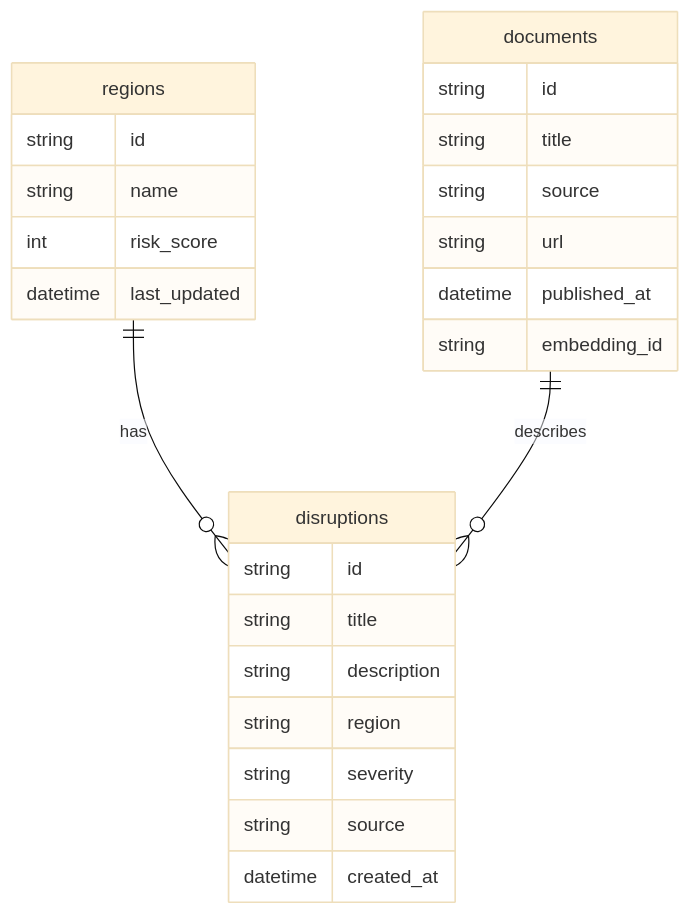
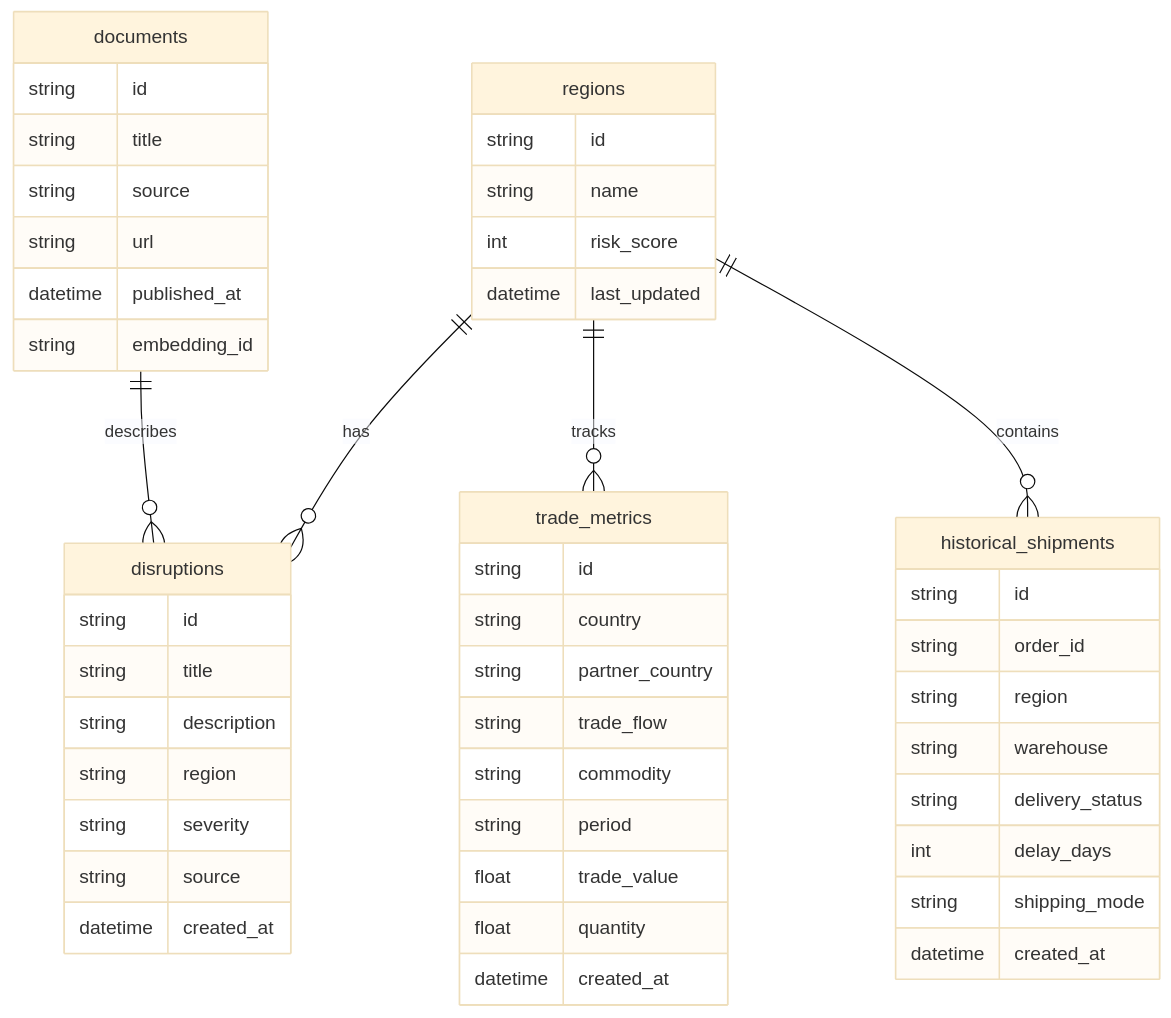
The sixth of 9 diagrams in docs/architecture.md (shima-maleki/SupplyChainOracle), drawn with Mermaid (base theme) before and after one commit. The commit also changed other lines of this file and 2 other files, not shown here.

````diff
--- a/docs/architecture.md
+++ b/docs/architecture.md
@@ -335,31 +381,56 @@
 ```mermaid
 erDiagram
     regions {
         string id
         string name
         int risk_score
         datetime last_updated
     }
 
     disruptions {
         string id
         string title
         string description
         string region
         string severity
         string source
         datetime created_at
     }
 
     documents {
         string id
         string title
         string source
         string url
         datetime published_at
         string embedding_id
     }
 
+    trade_metrics {
+        string id
+        string country
+        string partner_country
+        string trade_flow
+        string commodity
+        string period
+        float trade_value
+        float quantity
+        datetime created_at
+    }
+
+    historical_shipments {
+        string id
+        string order_id
+        string region
+        string warehouse
+        string delivery_status
+        int delay_days
+        string shipping_mode
+        datetime created_at
+    }
+
     regions ||--o{ disruptions : has
     documents ||--o{ disruptions : describes
+    regions ||--o{ trade_metrics : tracks
+    regions ||--o{ historical_shipments : contains
 ```
````
